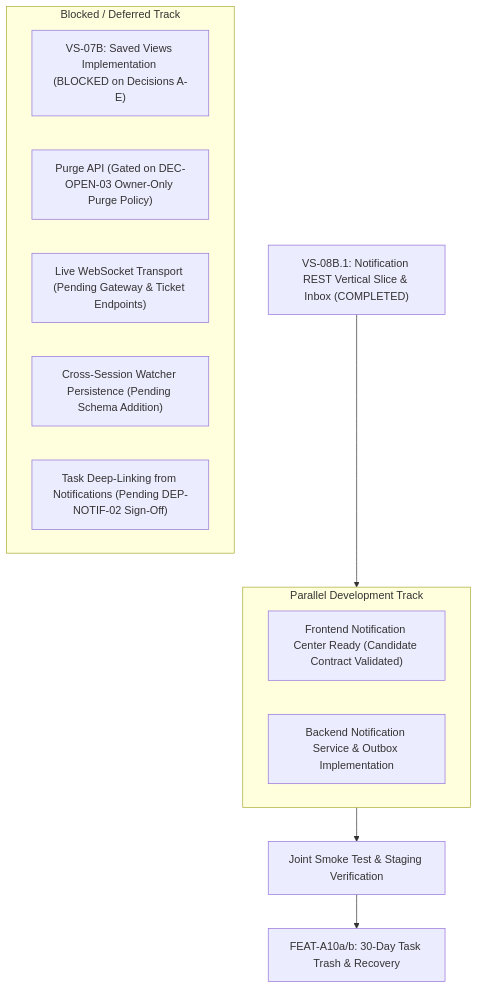
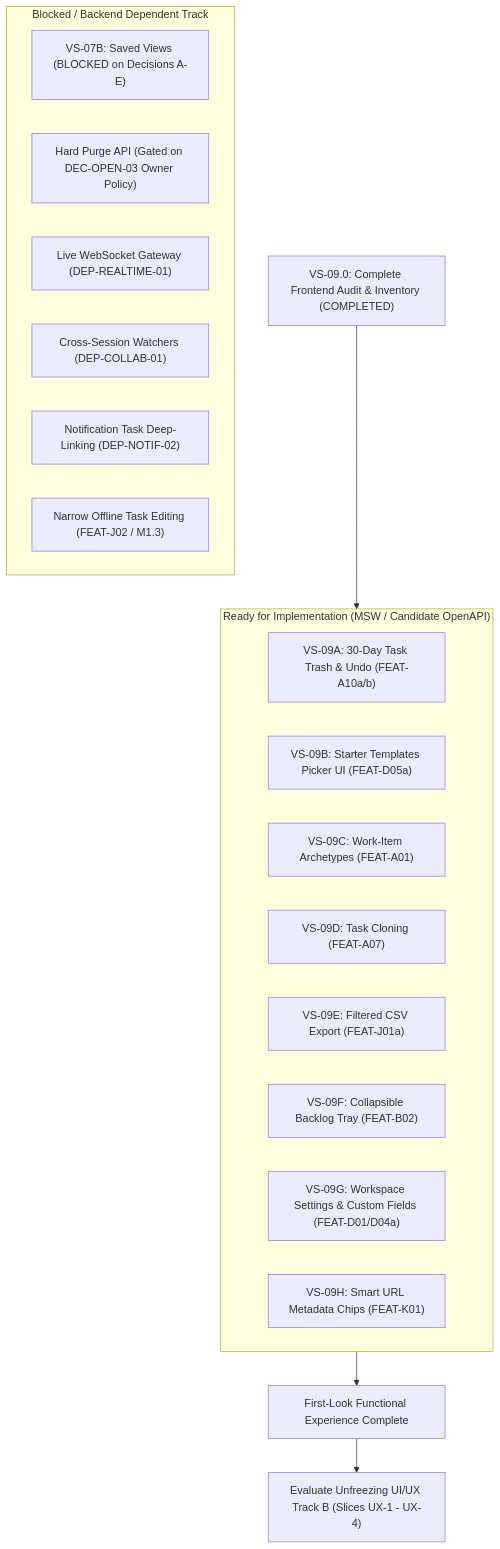
Before and after one commit to Samudra-Bose/sonder: the first of 2 diagrams in docs/04-implementation/sonder-project-progress-tracker.md, drawn with Mermaid. The commit also changed other lines of this file and 1 other file, not shown here.

Commit message:
docs(audit): VS-09.0 complete frontend audit, feature inventory and first-look readiness

````diff
--- a/docs/04-implementation/sonder-project-progress-tracker.md
+++ b/docs/04-implementation/sonder-project-progress-tracker.md
@@ -52,20 +53,27 @@
 ```mermaid
 flowchart TD
-    Current["VS-08B.1: Notification REST Vertical Slice & Inbox (COMPLETED)"] --> Parallel["Parallel Independent FE/BE Track"]
+    Current["VS-09.0: Complete Frontend Audit & Inventory (COMPLETED)"] --> InventoryA["Inventory A: Backend-Independent Backlog (8 Milestones)"]
 
-    subgraph Parallel ["Parallel Development Track"]
-        FE_Work["Frontend Notification Center Ready (Candidate Contract Validated)"]
-        BE_Work["Backend Notification Service & Outbox Implementation"]
+    subgraph InventoryA ["Ready for Implementation (MSW / Candidate OpenAPI)"]
+        VS09A["VS-09A: 30-Day Task Trash & Undo (FEAT-A10a/b)"]
+        VS09B["VS-09B: Starter Templates Picker UI (FEAT-D05a)"]
+        VS09C["VS-09C: Work-Item Archetypes (FEAT-A01)"]
+        VS09D["VS-09D: Task Cloning (FEAT-A07)"]
+        VS09E["VS-09E: Filtered CSV Export (FEAT-J01a)"]
+        VS09F["VS-09F: Collapsible Backlog Tray (FEAT-B02)"]
+        VS09G["VS-09G: Workspace Settings & Custom Fields (FEAT-D01/D04a)"]
+        VS09H["VS-09H: Smart URL Metadata Chips (FEAT-K01)"]
     end
 
-    Parallel --> JointIntegration["Joint Smoke Test & Staging Verification"]
-    JointIntegration --> FollowUp["FEAT-A10a/b: 30-Day Task Trash & Recovery"]
+    InventoryA --> FirstLook["First-Look Functional Experience Complete"]
+    FirstLook --> UnfreezeUX["Evaluate Unfreezing UI/UX Track B (Slices UX-1 - UX-4)"]
 
-    subgraph Deferred ["Blocked / Deferred Track"]
-        SV["VS-07B: Saved Views Implementation (BLOCKED on Decisions A-E)"]
-        Trash["Purge API (Gated on DEC-OPEN-03 Owner-Only Purge Policy)"]
-        RealtimeLive["Live WebSocket Transport (Pending Gateway & Ticket Endpoints)"]
-        WatcherPersist["Cross-Session Watcher Persistence (Pending Schema Addition)"]
-        NotifNav["Task Deep-Linking from Notifications (Pending DEP-NOTIF-02 Sign-Off)"]
+    subgraph BlockedDeferred ["Blocked / Backend Dependent Track"]
+        SV["VS-07B: Saved Views (BLOCKED on Decisions A-E)"]
+        Purge["Hard Purge API (Gated on DEC-OPEN-03 Owner Policy)"]
+        RealtimeLive["Live WebSocket Gateway (DEP-REALTIME-01)"]
+        WatcherPersist["Cross-Session Watchers (DEP-COLLAB-01)"]
+        NotifDeepLink["Notification Task Deep-Linking (DEP-NOTIF-02)"]
+        NarrowOffline["Narrow Offline Task Editing (FEAT-J02 / M1.3)"]
     end
 ```
````
